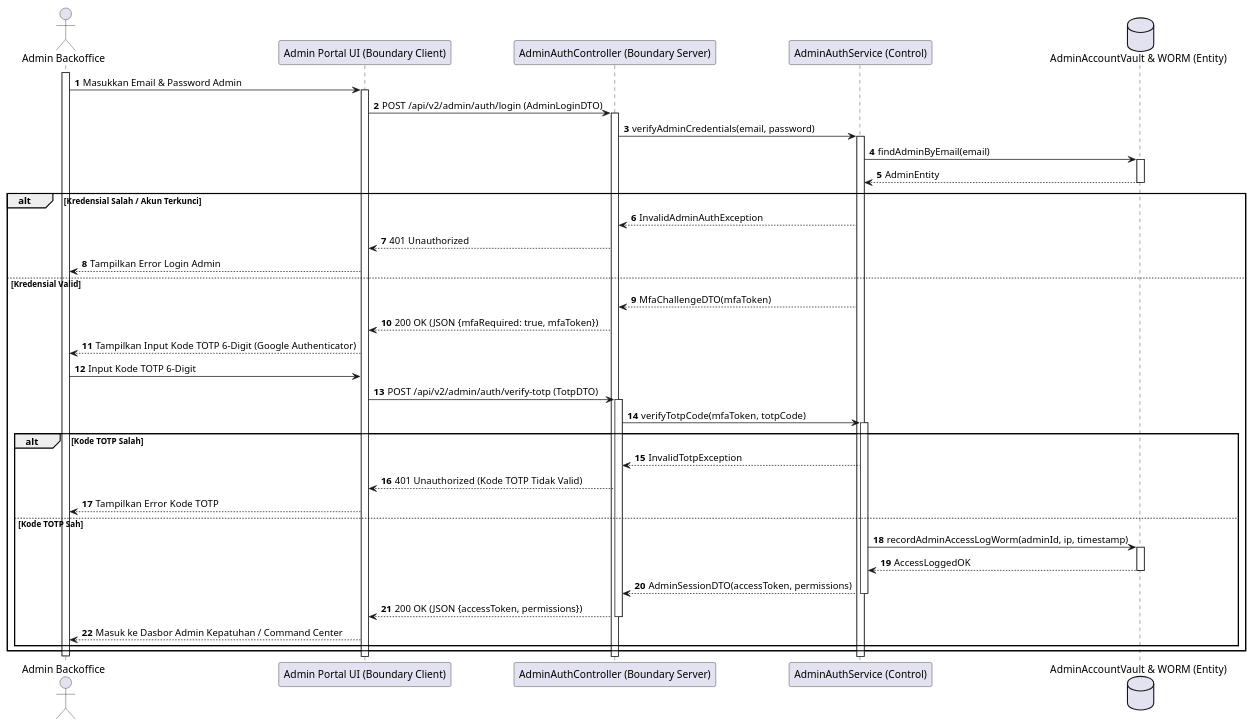
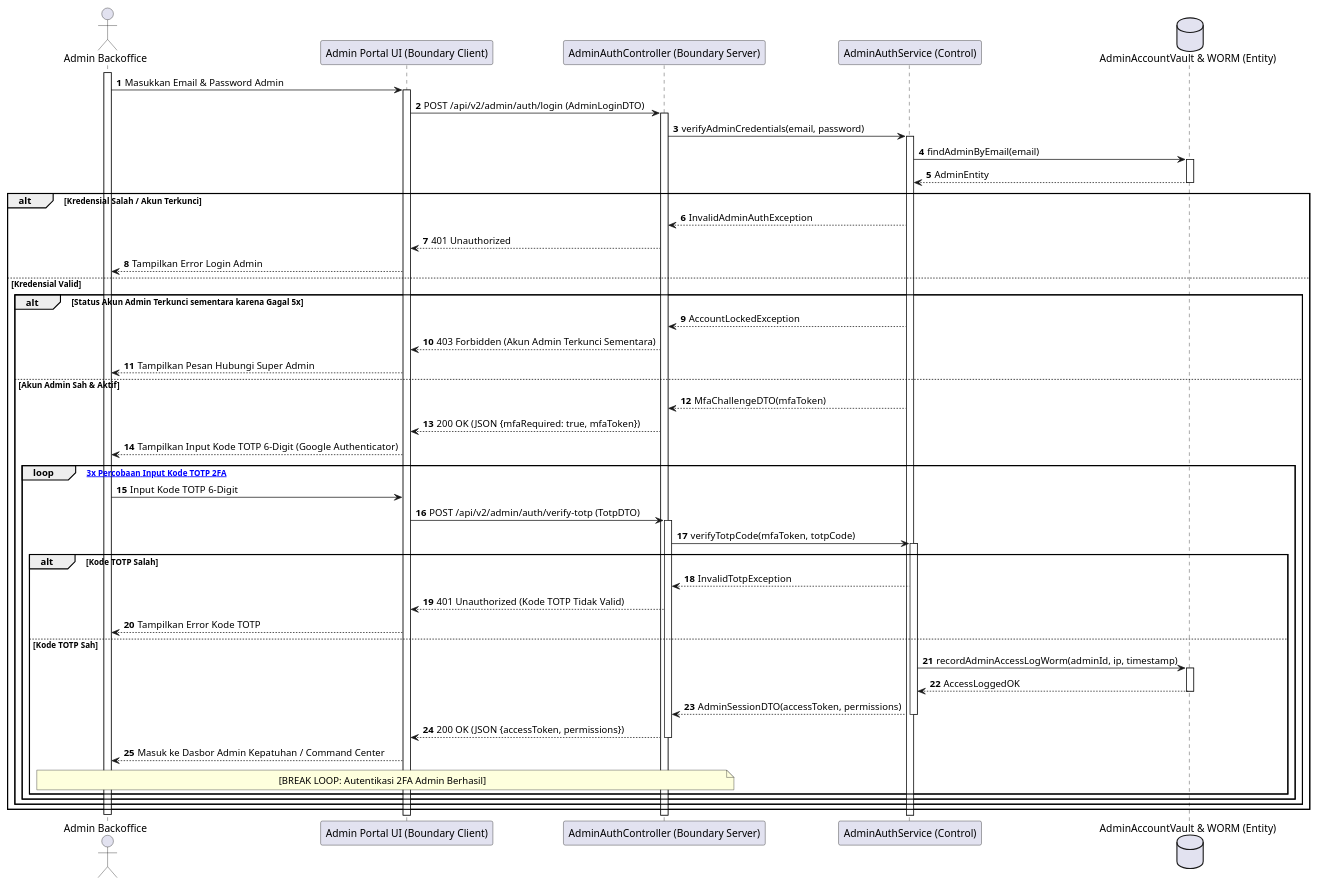
One commit to tupperwureism/SuperApp-Gagal changed diagram 16 of 28 in MarkDown/plantuml_sequence_diagrams.md. Above: the diagram before and after it, drawn with PlantUML. The commit also changed other lines of this file and 1 other file, not shown here.

Commit message:
docs: Deep 1-to-1 AD Fidelity synchronization for all 28 Sequence Diagrams with 5-Lifeline BCE

````diff
--- a/MarkDown/plantuml_sequence_diagrams.md
+++ b/MarkDown/plantuml_sequence_diagrams.md
@@ -696,44 +792,53 @@
 ```plantuml
 @startuml
 autonumber
 actor "Admin Backoffice" as User
 participant "Admin Portal UI (Boundary Client)" as B_FE
 participant "AdminAuthController (Boundary Server)" as B_BE
 participant "AdminAuthService (Control)" as C_Svc
 database "AdminAccountVault & WORM (Entity)" as E_DB
 
 activate User
 User -> B_FE ++ : Masukkan Email & Password Admin
 B_FE -> B_BE ++ : POST /api/v2/admin/auth/login (AdminLoginDTO)
 B_BE -> C_Svc ++ : verifyAdminCredentials(email, password)
 C_Svc -> E_DB ++ : findAdminByEmail(email)
 E_DB --> C_Svc -- : AdminEntity
 
 alt Kredensial Salah / Akun Terkunci
     C_Svc --> B_BE : InvalidAdminAuthException
     B_BE --> B_FE : 401 Unauthorized
     B_FE --> User : Tampilkan Error Login Admin
 else Kredensial Valid
-    C_Svc --> B_BE : MfaChallengeDTO(mfaToken)
-    B_BE --> B_FE : 200 OK (JSON {mfaRequired: true, mfaToken})
-    B_FE --> User : Tampilkan Input Kode TOTP 6-Digit (Google Authenticator)
+    alt Status Akun Admin Terkunci sementara karena Gagal 5x
+        C_Svc --> B_BE : AccountLockedException
+        B_BE --> B_FE : 403 Forbidden (Akun Admin Terkunci Sementara)
+        B_FE --> User : Tampilkan Pesan Hubungi Super Admin
+    else Akun Admin Sah & Aktif
+        C_Svc --> B_BE : MfaChallengeDTO(mfaToken)
+        B_BE --> B_FE : 200 OK (JSON {mfaRequired: true, mfaToken})
+        B_FE --> User : Tampilkan Input Kode TOTP 6-Digit (Google Authenticator)
 
-    User -> B_FE : Input Kode TOTP 6-Digit
-    B_FE -> B_BE ++ : POST /api/v2/admin/auth/verify-totp (TotpDTO)
-    B_BE -> C_Svc ++ : verifyTotpCode(mfaToken, totpCode)
+        loop [Maksimal 3x Percobaan Input Kode TOTP 2FA]
+            User -> B_FE : Input Kode TOTP 6-Digit
+            B_FE -> B_BE ++ : POST /api/v2/admin/auth/verify-totp (TotpDTO)
+            B_BE -> C_Svc ++ : verifyTotpCode(mfaToken, totpCode)
 
-    alt Kode TOTP Salah
-        C_Svc --> B_BE : InvalidTotpException
-        B_BE --> B_FE : 401 Unauthorized (Kode TOTP Tidak Valid)
-        B_FE --> User : Tampilkan Error Kode TOTP
-    else Kode TOTP Sah
-        C_Svc -> E_DB ++ : recordAdminAccessLogWorm(adminId, ip, timestamp)
-        E_DB --> C_Svc -- : AccessLoggedOK
-        C_Svc --> B_BE -- : AdminSessionDTO(accessToken, permissions)
-        B_BE --> B_FE -- : 200 OK (JSON {accessToken, permissions})
-        B_FE --> User : Masuk ke Dasbor Admin Kepatuhan / Command Center
+            alt Kode TOTP Salah
+                C_Svc --> B_BE : InvalidTotpException
+                B_BE --> B_FE : 401 Unauthorized (Kode TOTP Tidak Valid)
+                B_FE --> User : Tampilkan Error Kode TOTP
+            else Kode TOTP Sah
+                C_Svc -> E_DB ++ : recordAdminAccessLogWorm(adminId, ip, timestamp)
+                E_DB --> C_Svc -- : AccessLoggedOK
+                C_Svc --> B_BE -- : AdminSessionDTO(accessToken, permissions)
+                B_BE --> B_FE -- : 200 OK (JSON {accessToken, permissions})
+                B_FE --> User : Masuk ke Dasbor Admin Kepatuhan / Command Center
+                note over User, B_BE : [BREAK LOOP: Autentikasi 2FA Admin Berhasil]
+            end
+        end
     end
 end
 deactivate User
 @enduml
 ```
````
